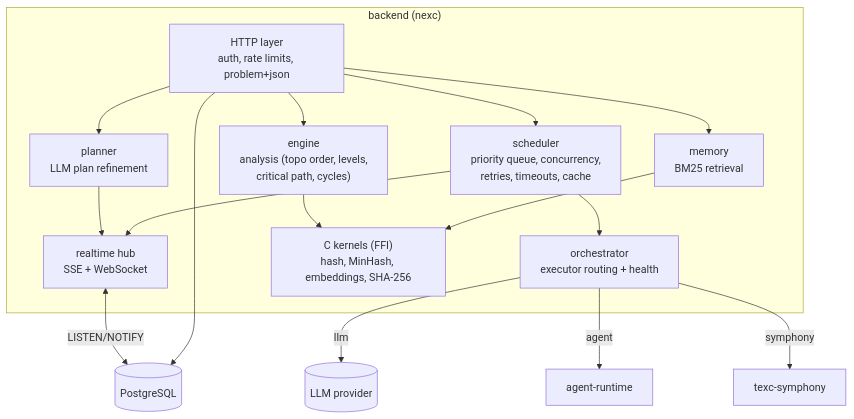
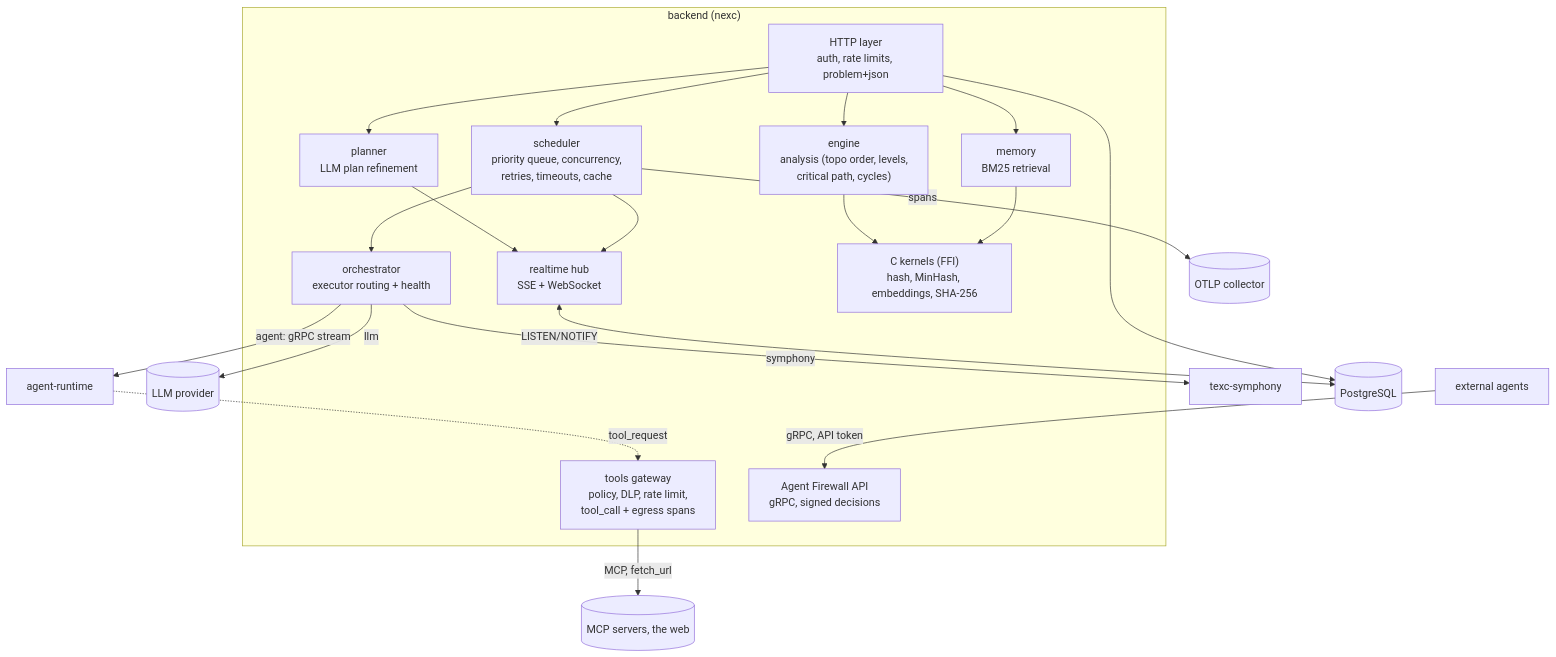
One commit to f8fvwgzc/nexc-engine changed the first of 4 diagrams in docs/ARCHITECTURE.md. Above: the diagram before and after it, drawn with Mermaid. The commit also changed other lines of this file and 10 other files, not shown here.

Commit message:
Document and deploy the gRPC wire, the gateway, the firewall API and the OTLP export

````diff
--- a/docs/ARCHITECTURE.md
+++ b/docs/ARCHITECTURE.md
@@ -17,24 +17,30 @@
 ```mermaid
 flowchart TB
     subgraph backend["backend (nexc)"]
         http["HTTP layer<br/>auth, rate limits, problem+json"]
         realtime["realtime hub<br/>SSE + WebSocket"]
         planner["planner<br/>LLM plan refinement"]
         engine["engine<br/>analysis (topo order, levels,<br/>critical path, cycles)"]
         scheduler["scheduler<br/>priority queue, concurrency,<br/>retries, timeouts, cache"]
         orchestrator["orchestrator<br/>executor routing + health"]
         memory["memory<br/>BM25 retrieval"]
         kernels["C kernels (FFI)<br/>hash, MinHash, embeddings, SHA-256"]
+        gateway["tools gateway<br/>policy, DLP, rate limit,<br/>tool_call + egress spans"]
+        firewall["Agent Firewall API<br/>gRPC, signed decisions"]
     end
     http --> planner & engine & scheduler & memory
     scheduler --> orchestrator
     engine --> kernels
     memory --> kernels
     planner --> realtime
     scheduler --> realtime
     orchestrator -->|llm| provider[(LLM provider)]
-    orchestrator -->|agent| runtime[agent-runtime]
+    orchestrator -->|agent: gRPC stream| runtime[agent-runtime]
+    runtime -.->|tool_request| gateway
+    gateway -->|MCP, fetch_url| mcp[(MCP servers, the web)]
+    external[external agents] -->|gRPC, API token| firewall
+    scheduler -->|spans| otlp[(OTLP collector)]
     orchestrator -->|symphony| symphony[texc-symphony]
     realtime <-->|LISTEN/NOTIFY| pg[(PostgreSQL)]
     http --> pg
 ```
````
